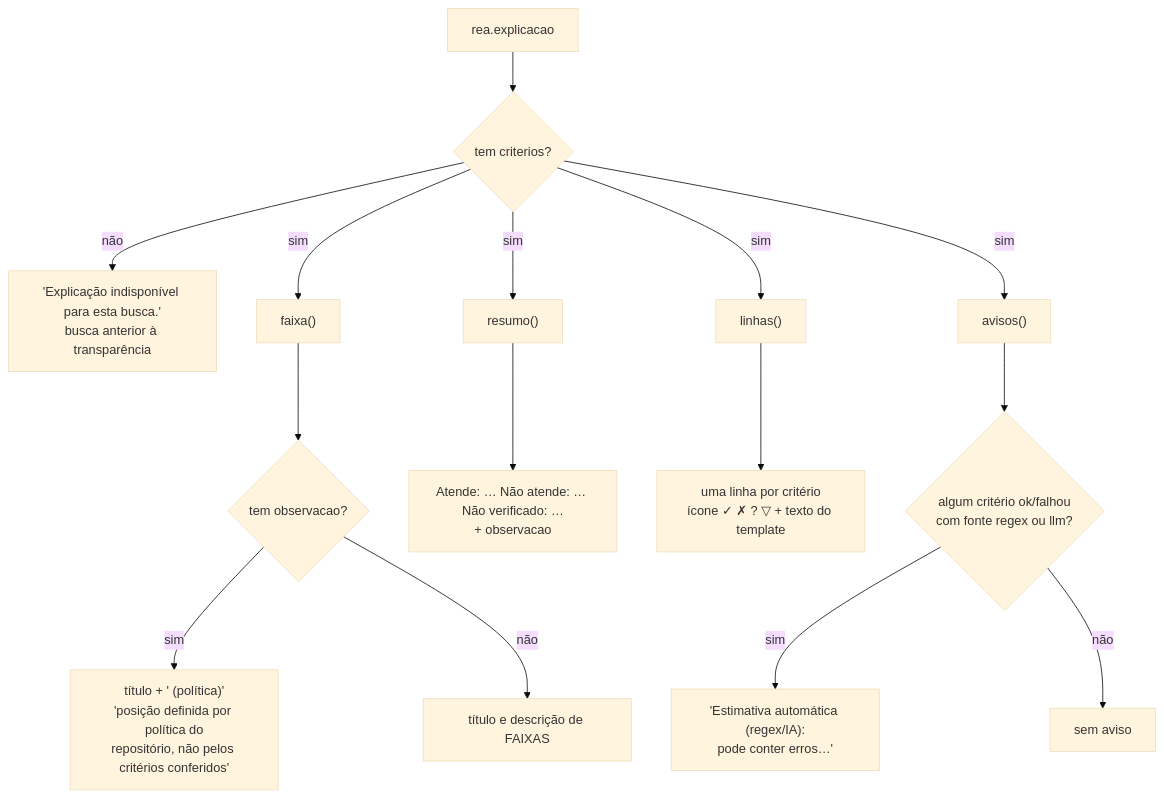
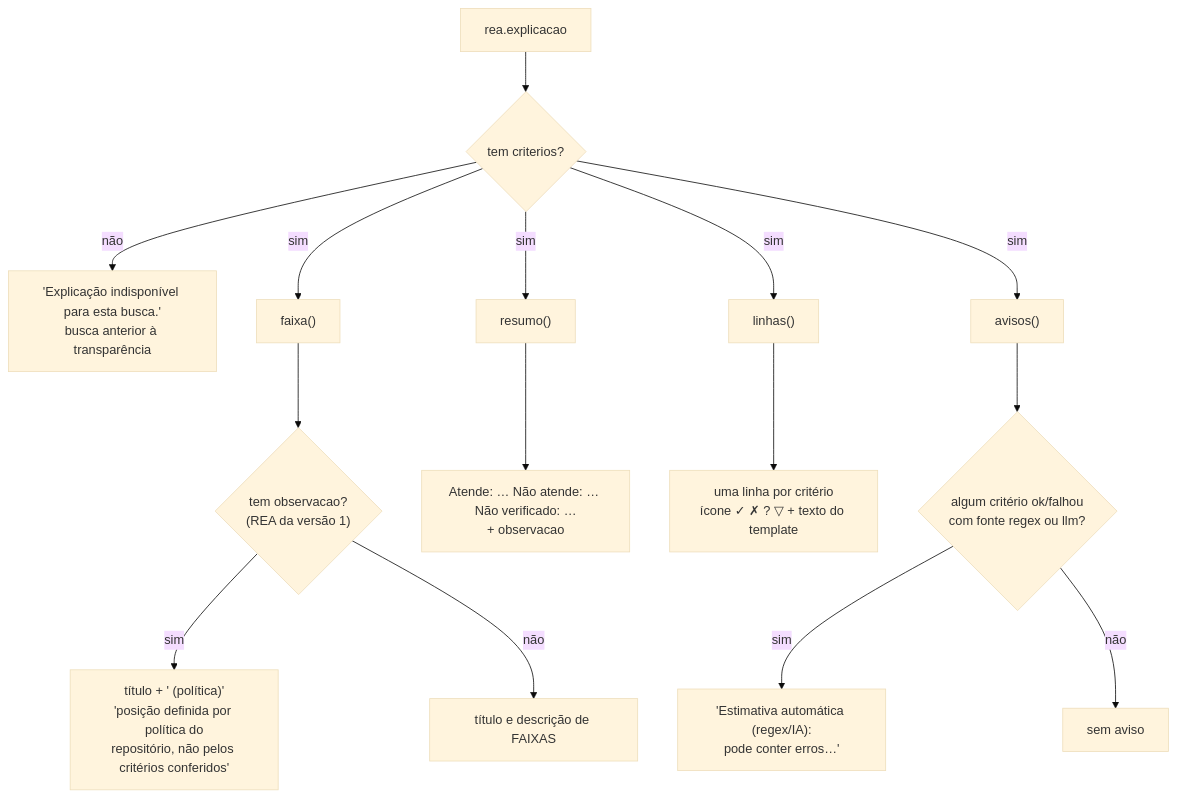
Before and after one commit to razimbrao/sis-read: diagram 14 of 25 in docs/fluxos-transparencia.md, drawn with Mermaid (base theme). The commit also changed other lines of this file and 23 other files, not shown here.

````diff
--- a/docs/fluxos-transparencia.md
+++ b/docs/fluxos-transparencia.md
@@ -494,19 +495,19 @@
 ```mermaid
 flowchart TD
     E["rea.explicacao"] --> V{"tem criterios?"}
     V -- não --> L["'Explicação indisponível para esta busca.'<br/>busca anterior à transparência"]
     V -- sim --> F["faixa()"]
     V -- sim --> R["resumo()"]
     V -- sim --> LI["linhas()"]
     V -- sim --> AV["avisos()"]
 
-    F --> F1{"tem observacao?"}
+    F --> F1{"tem observacao?<br/>(REA da versão 1)"}
     F1 -- sim --> F2["título + ' (política)'<br/>'posição definida por política do<br/>repositório, não pelos critérios conferidos'"]
     F1 -- não --> F3["título e descrição de FAIXAS"]
 
     R --> R1["Atende: … Não atende: … Não verificado: …<br/>+ observacao"]
     LI --> LI1["uma linha por critério<br/>ícone ✓ ✗ ? ▽ + texto do template"]
     AV --> AV1{"algum critério ok/falhou<br/>com fonte regex ou llm?"}
     AV1 -- sim --> AV2["'Estimativa automática (regex/IA):<br/>pode conter erros…'"]
     AV1 -- não --> AV3["sem aviso"]
 ```
````
